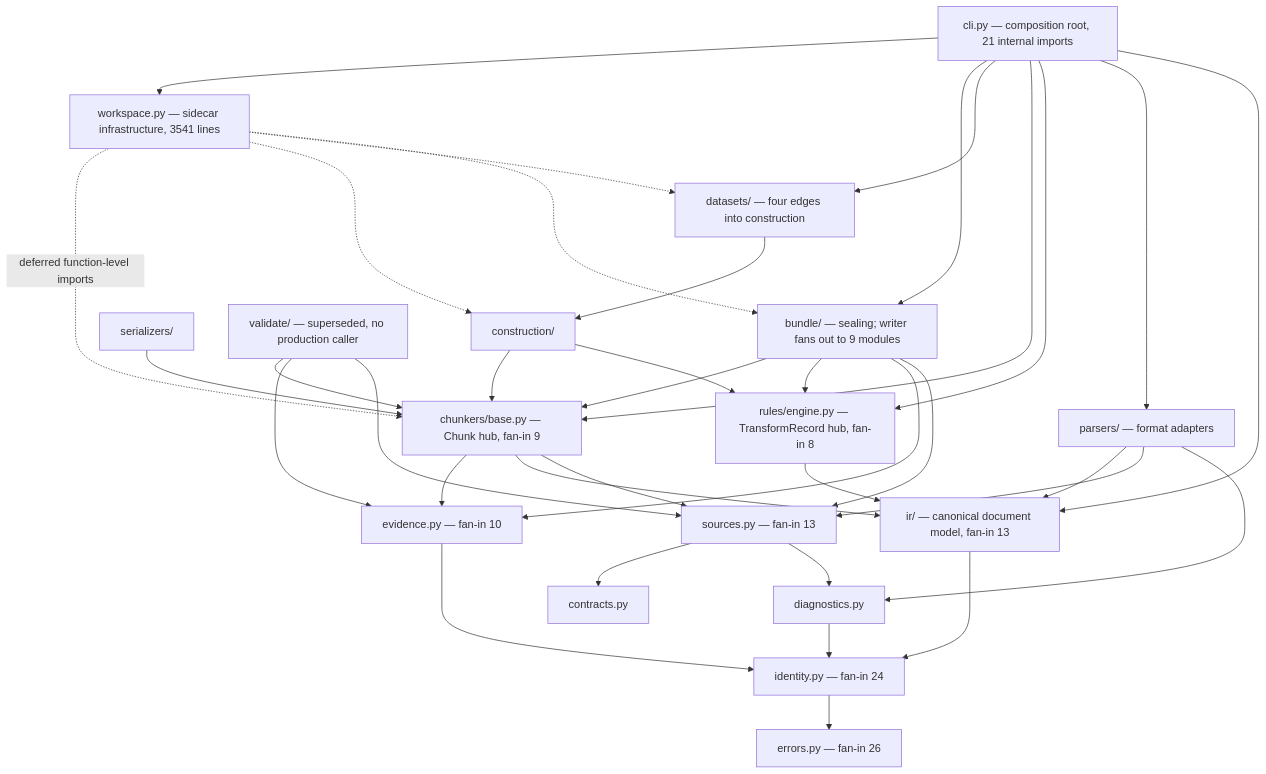
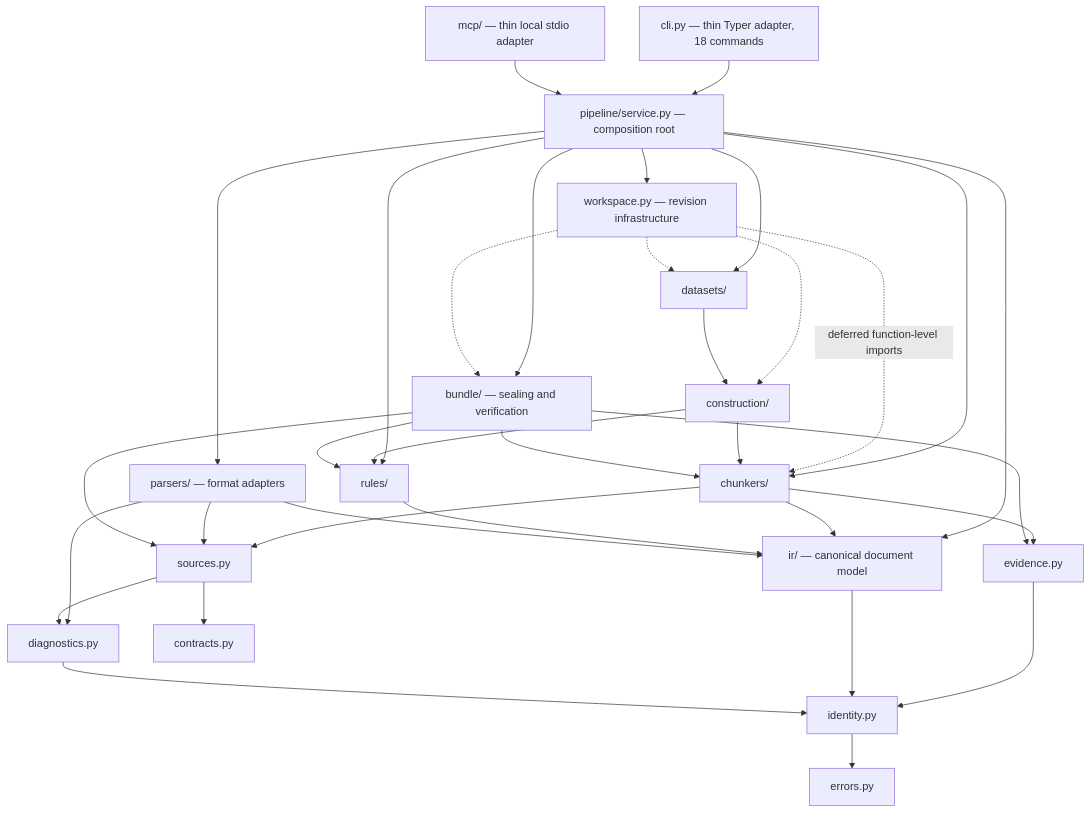
One commit to ogprotege/Veriformis changed the first of 2 diagrams in docs/architecture/dependencies.md. Above: the diagram before and after it, drawn with Mermaid. The commit also changed other lines of this file and 83 other files, not shown here.

````diff
--- a/docs/architecture/dependencies.md
+++ b/docs/architecture/dependencies.md
@@ -51,56 +40,54 @@
 ```mermaid
 flowchart TD
-    CLI["cli.py — composition root, 21 internal imports"]
-    WKS["workspace.py — sidecar infrastructure, 3541 lines"]
-    BUN["bundle/ — sealing; writer fans out to 9 modules"]
-    SER["serializers/"]
-    VAL["validate/ — superseded, no production caller"]
-    DST["datasets/ — four edges into construction"]
+    CLI["cli.py — thin Typer adapter, 18 commands"]
+    MCP["mcp/ — thin local stdio adapter"]
+    PIP["pipeline/service.py — composition root"]
+    WKS["workspace.py — revision infrastructure"]
+    BUN["bundle/ — sealing and verification"]
+    DST["datasets/"]
     CST["construction/"]
-    CHK["chunkers/base.py — Chunk hub, fan-in 9"]
-    RUL["rules/engine.py — TransformRecord hub, fan-in 8"]
+    CHK["chunkers/"]
+    RUL["rules/"]
     PRS["parsers/ — format adapters"]
-    IR["ir/ — canonical document model, fan-in 13"]
-    SRC["sources.py — fan-in 13"]
-    EVD["evidence.py — fan-in 10"]
+    IR["ir/ — canonical document model"]
+    SRC["sources.py"]
+    EVD["evidence.py"]
     DIA["diagnostics.py"]
-    IDN["identity.py — fan-in 24"]
+    IDN["identity.py"]
     CON["contracts.py"]
-    ERR["errors.py — fan-in 26"]
+    ERR["errors.py"]
 
-    CLI --> WKS
-    CLI --> BUN
-    CLI --> DST
-    CLI --> CHK
-    CLI --> RUL
-    CLI --> PRS
-    CLI --> IR
+    CLI --> PIP
+    MCP --> PIP
+    PIP --> WKS
+    PIP --> BUN
+    PIP --> DST
+    PIP --> CHK
+    PIP --> RUL
+    PIP --> PRS
+    PIP --> IR
     WKS -.->|"deferred function-level imports"| CHK
     WKS -.-> CST
     WKS -.-> DST
     WKS -.-> BUN
     DST --> CST
     CST --> CHK
     CST --> RUL
     CHK --> EVD
     CHK --> IR
     CHK --> SRC
     RUL --> IR
     PRS --> IR
     PRS --> SRC
     PRS --> DIA
     BUN --> CHK
     BUN --> RUL
     BUN --> EVD
     BUN --> SRC
-    VAL --> CHK
-    VAL --> EVD
-    VAL --> SRC
-    SER --> CHK
     SRC --> CON
     SRC --> DIA
     EVD --> IDN
     IR --> IDN
     DIA --> IDN
     IDN --> ERR
 ```
````
